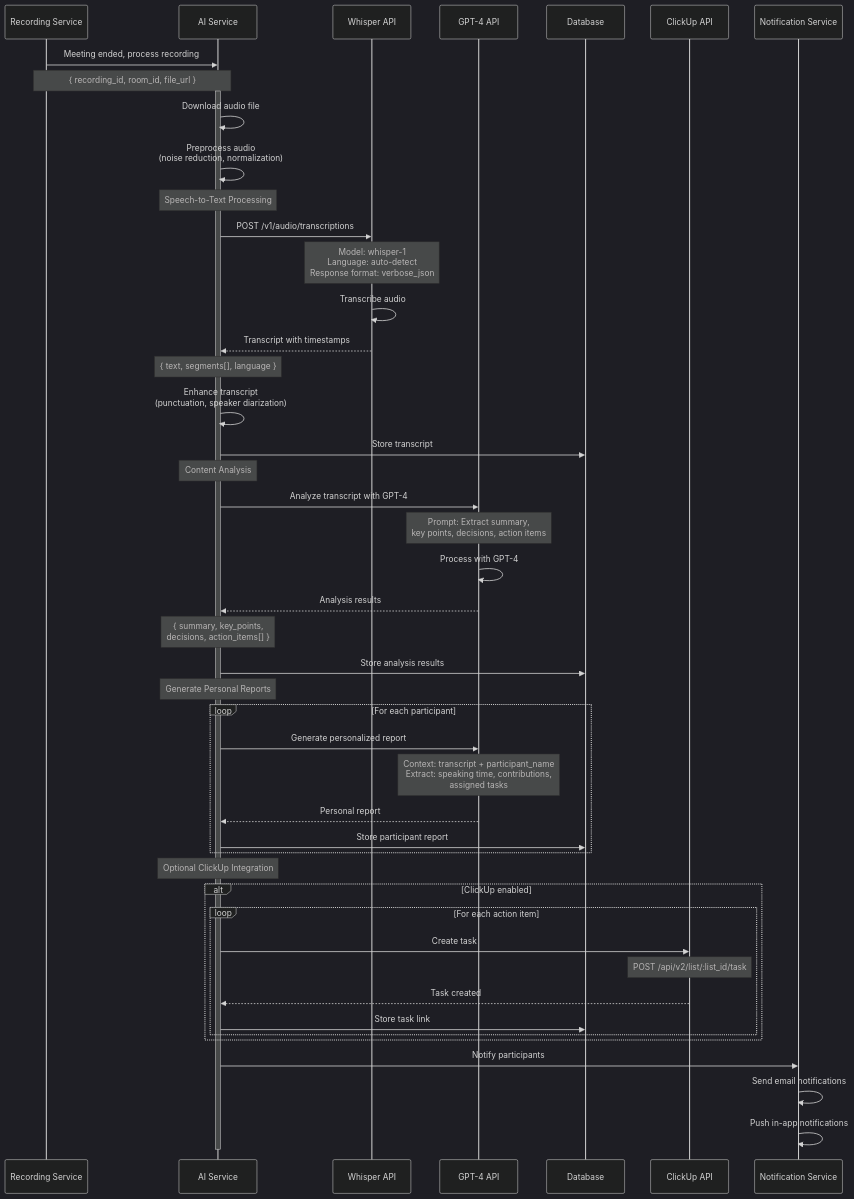
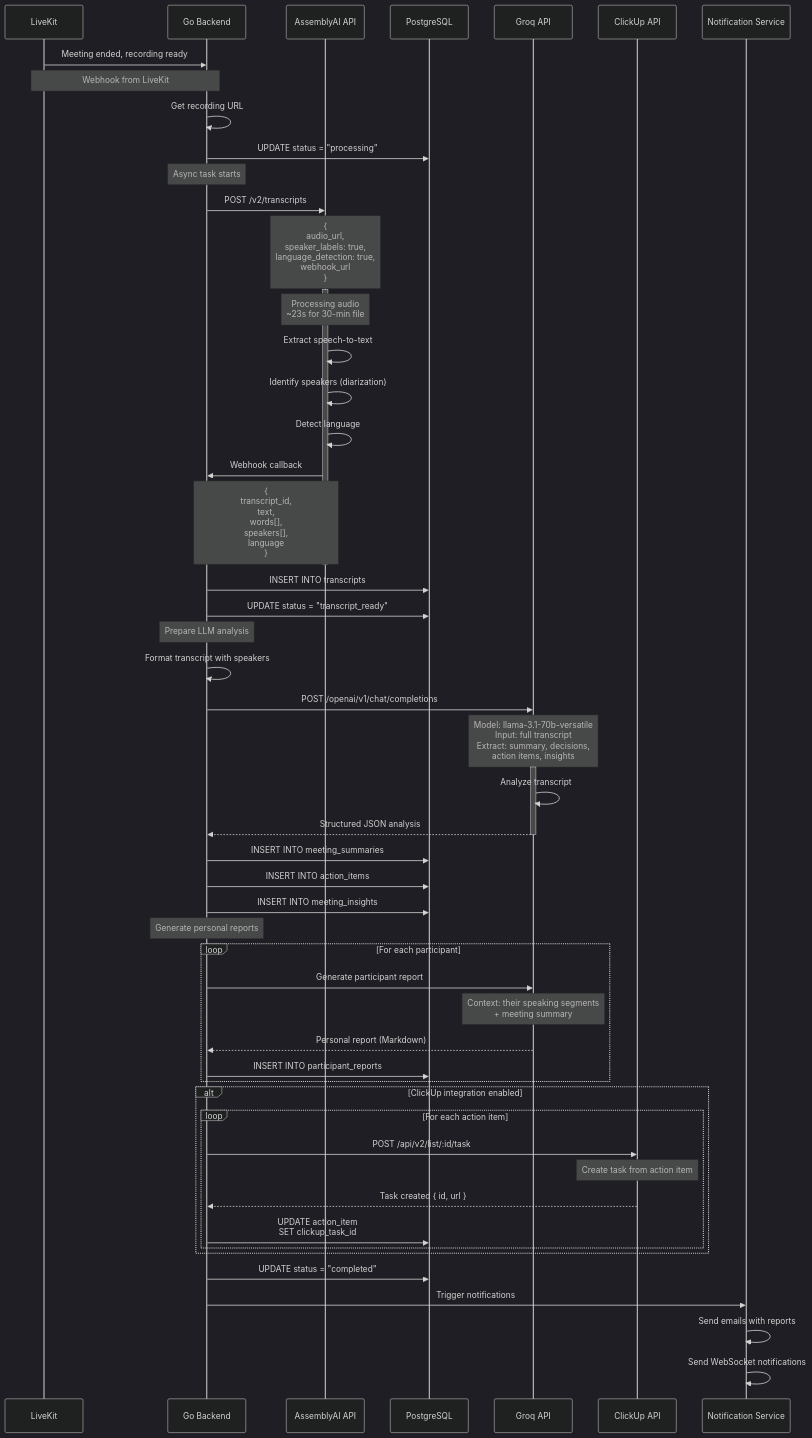
The first of 6 diagrams in docs/04-ai-analysis-flow.md (meeting-assistant-team/meeting-assistant), drawn with Mermaid (dark theme) before and after one commit. The commit also changed other lines of this file and 17 other files, not shown here.

````diff
--- a/docs/04-ai-analysis-flow.md
+++ b/docs/04-ai-analysis-flow.md
@@ -29,62 +105,72 @@
 ```mermaid
 sequenceDiagram
-    participant R as Recording Service
-    participant AI as AI Service
-    participant W as Whisper API
-    participant G as GPT-4 API
-    participant DB as Database
+    participant LK as LiveKit
+    participant GB as Go Backend
+    participant ASM as AssemblyAI API
+    participant DB as PostgreSQL
+    participant GQ as Groq API
     participant CU as ClickUp API
     participant N as Notification Service
     
-    R->>AI: Meeting ended, process recording
-    Note over R,AI: { recording_id, room_id, file_url }
+    LK->>GB: Meeting ended, recording ready
+    Note over LK,GB: Webhook from LiveKit
     
-    activate AI
-    AI->>AI: Download audio file
-    AI->>AI: Preprocess audio<br/>(noise reduction, normalization)
+    GB->>GB: Get recording URL
+    GB->>DB: UPDATE status = "processing"
     
-    Note over AI: Speech-to-Text Processing
-    AI->>W: POST /v1/audio/transcriptions
-    Note over W: Model: whisper-1<br/>Language: auto-detect<br/>Response format: verbose_json
+    Note over GB: Async task starts
+    GB->>ASM: POST /v2/transcripts
+    Note over ASM: {<br/>  audio_url,<br/>  speaker_labels: true,<br/>  language_detection: true,<br/>  webhook_url<br/>}
     
-    W->>W: Transcribe audio
-    W-->>AI: Transcript with timestamps
-    Note over AI: { text, segments[], language }
+    activate ASM
+    Note over ASM: Processing audio<br/>~23s for 30-min file
     
-    AI->>AI: Enhance transcript<br/>(punctuation, speaker diarization)
-    AI->>DB: Store transcript
+    ASM->>ASM: Extract speech-to-text
+    ASM->>ASM: Identify speakers (diarization)
+    ASM->>ASM: Detect language
     
-    Note over AI: Content Analysis
-    AI->>G: Analyze transcript with GPT-4
-    Note over G: Prompt: Extract summary,<br/>key points, decisions, action items
+    ASM->>GB: Webhook callback
+    Note over ASM,GB: {<br/>  transcript_id,<br/>  text,<br/>  words[],<br/>  speakers[],<br/>  language<br/>}
+    deactivate ASM
     
-    G->>G: Process with GPT-4
-    G-->>AI: Analysis results
-    Note over AI: { summary, key_points,<br/>decisions, action_items[] }
+    GB->>DB: INSERT INTO transcripts
+    GB->>DB: UPDATE status = "transcript_ready"
     
-    AI->>DB: Store analysis results
+    Note over GB: Prepare LLM analysis
+    GB->>GB: Format transcript with speakers
     
-    Note over AI: Generate Personal Reports
+    GB->>GQ: POST /openai/v1/chat/completions
+    Note over GQ: Model: llama-3.1-70b-versatile<br/>Input: full transcript<br/>Extract: summary, decisions,<br/>action items, insights
+    
+    activate GQ
+    GQ->>GQ: Analyze transcript
+    GQ-->>GB: Structured JSON analysis
+    deactivate GQ
+    
+    GB->>DB: INSERT INTO meeting_summaries
+    GB->>DB: INSERT INTO action_items
+    GB->>DB: INSERT INTO meeting_insights
+    
+    Note over GB: Generate personal reports
     loop For each participant
-        AI->>G: Generate personalized report
-        Note over G: Context: transcript + participant_name<br/>Extract: speaking time, contributions,<br/>assigned tasks
+        GB->>GQ: Generate participant report
+        Note over GQ: Context: their speaking segments<br/>+ meeting summary
         
-        G-->>AI: Personal report
-        AI->>DB: Store participant report
+        GQ-->>GB: Personal report (Markdown)
+        GB->>DB: INSERT INTO participant_reports
     end
     
-    Note over AI: Optional ClickUp Integration
-    alt ClickUp enabled
+    alt ClickUp integration enabled
         loop For each action item
-            AI->>CU: Create task
-            Note over CU: POST /api/v2/list/:list_id/task
-            CU-->>AI: Task created
-            AI->>DB: Store task link
+            GB->>CU: POST /api/v2/list/:id/task
+            Note over CU: Create task from action item
+            CU-->>GB: Task created { id, url }
+            GB->>DB: UPDATE action_item<br/>SET clickup_task_id
         end
     end
     
-    AI->>N: Notify participants
-    N->>N: Send email notifications
-    N->>N: Push in-app notifications
-    deactivate AI
+    GB->>DB: UPDATE status = "completed"
+    GB->>N: Trigger notifications
+    N->>N: Send emails with reports
+    N->>N: Send WebSocket notifications
 ```
````
